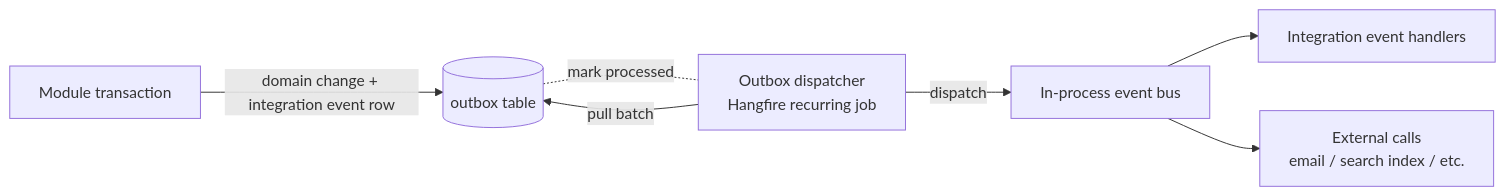
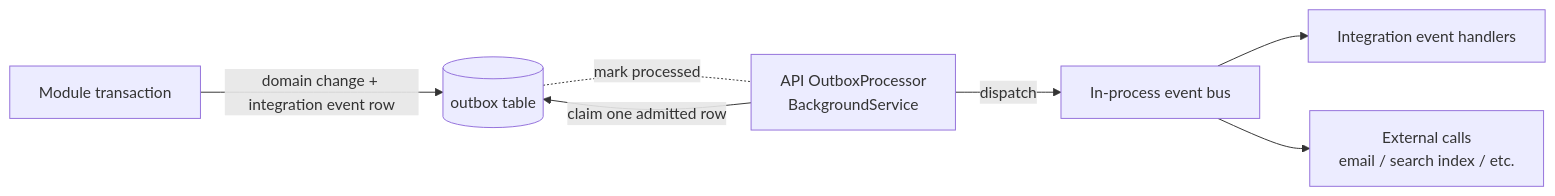
Before and after one commit to HodeTech/LearnStack: the second of 2 diagrams in docs/architecture/04-technical-architecture.md, drawn with Mermaid. The commit also changed other lines of this file and 138 other files, not shown here.

````diff
--- a/docs/architecture/04-technical-architecture.md
+++ b/docs/architecture/04-technical-architecture.md
@@ -172,16 +172,16 @@
 ```mermaid
 flowchart LR
   trans[Module transaction]
   outbox[(outbox table)]
-  dispatcher[Outbox dispatcher<br/>Hangfire recurring job]
+  dispatcher[API OutboxProcessor<br/>BackgroundService]
   bus[In-process event bus]
   handlers[Integration event handlers]
   externals[External calls<br/>email / search index / etc.]
 
   trans -- domain change + integration event row --> outbox
-  dispatcher -- pull batch --> outbox
+  dispatcher -- claim one admitted row --> outbox
   dispatcher -- dispatch --> bus
   bus --> handlers
   bus --> externals
   outbox -. mark processed .- dispatcher
 ```
````
